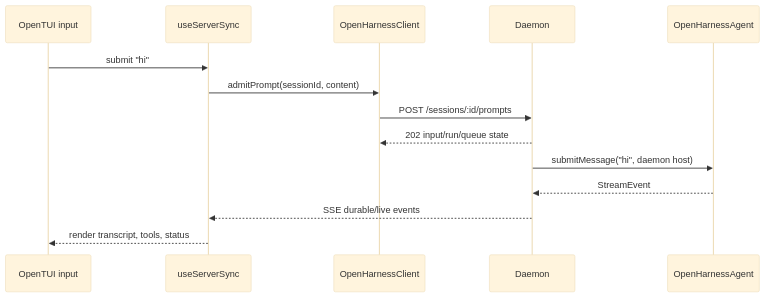
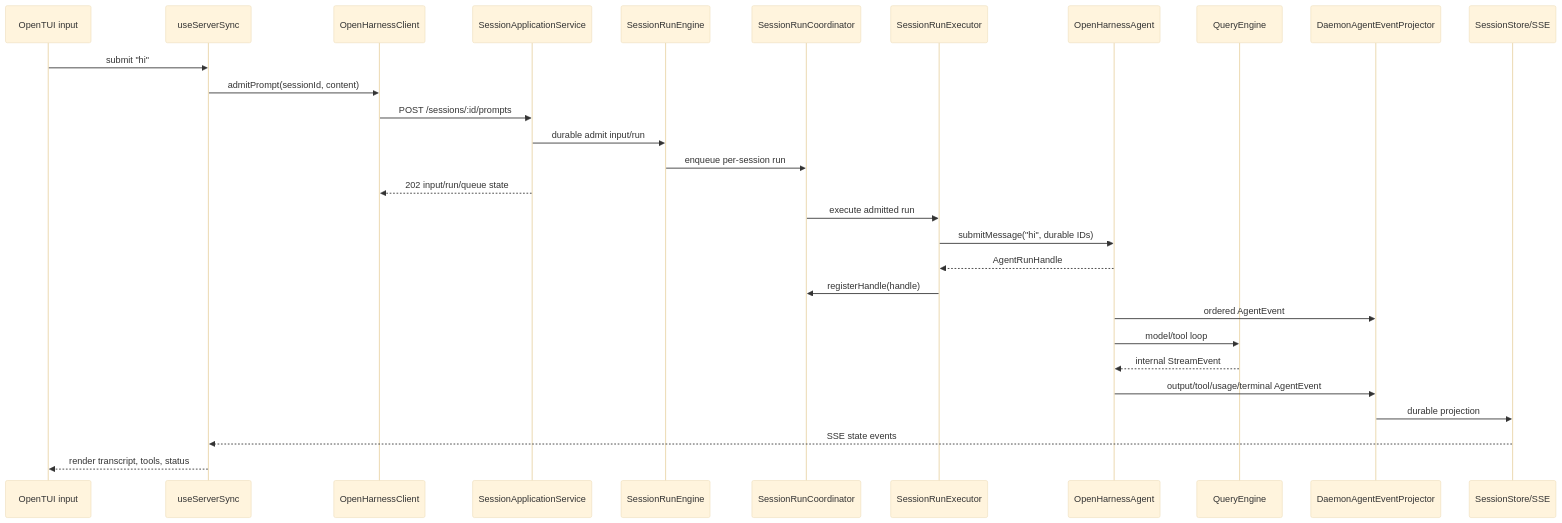
One commit to rzx007/openharness-ts changed the diagram in docs/tui-flow.md. Above: the diagram before and after it, drawn with Mermaid (base theme). The commit also changed other lines of this file and 7 other files, not shown here.

Commit message:
docs: record hardened agent daemon boundaries

````diff
--- a/docs/tui-flow.md
+++ b/docs/tui-flow.md
@@ -21,17 +21,32 @@
 ```mermaid
 sequenceDiagram
   participant Input as OpenTUI input
   participant Sync as useServerSync
   participant Client as OpenHarnessClient
-  participant Daemon
+  participant App as SessionApplicationService
+  participant Engine as SessionRunEngine
+  participant Lane as SessionRunCoordinator
+  participant Exec as SessionRunExecutor
   participant Agent as OpenHarnessAgent
+  participant QE as QueryEngine
+  participant Projection as DaemonAgentEventProjector
+  participant Store as SessionStore/SSE
 
   Input->>Sync: submit "hi"
   Sync->>Client: admitPrompt(sessionId, content)
-  Client->>Daemon: POST /sessions/:id/prompts
-  Daemon-->>Client: 202 input/run/queue state
-  Daemon->>Agent: submitMessage("hi", daemon host)
-  Agent-->>Daemon: StreamEvent
-  Daemon-->>Sync: SSE durable/live events
+  Client->>App: POST /sessions/:id/prompts
+  App->>Engine: durable admit input/run
+  Engine->>Lane: enqueue per-session run
+  App-->>Client: 202 input/run/queue state
+  Lane->>Exec: execute admitted run
+  Exec->>Agent: submitMessage("hi", durable IDs)
+  Agent-->>Exec: AgentRunHandle
+  Exec->>Lane: registerHandle(handle)
+  Agent->>Projection: ordered AgentEvent
+  Agent->>QE: model/tool loop
+  QE-->>Agent: internal StreamEvent
+  Agent->>Projection: output/tool/usage/terminal AgentEvent
+  Projection->>Store: durable projection
+  Store-->>Sync: SSE state events
   Sync-->>Input: render transcript, tools, status
 ```
````
